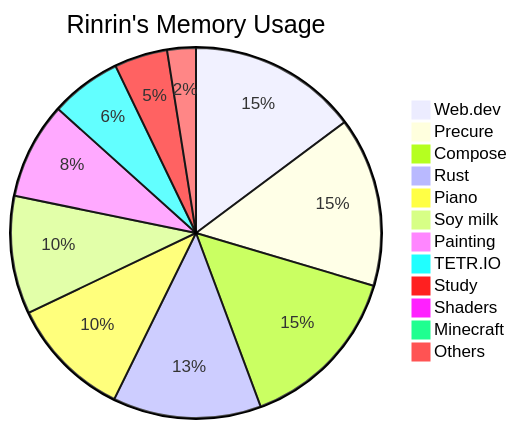
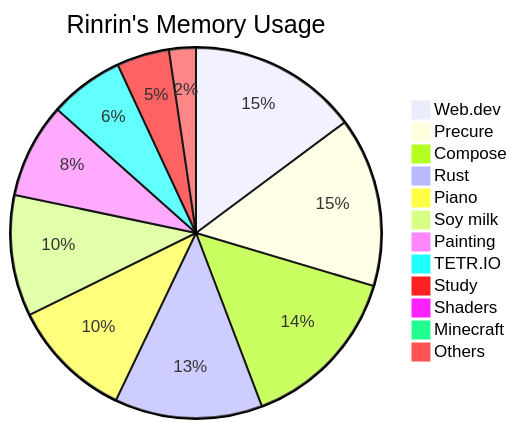
One commit to Rinrin0413/Rinrin0413 changed the diagram in README.md. Above: the diagram before and after it, drawn with Mermaid.

Commit message:
🛠 Update: Rinrin's Memory Usage

````diff
--- a/README.md
+++ b/README.md
@@ -77,15 +77,15 @@
 ```mermaid
 pie title Rinrin's Memory Usage
-    "Web.dev": 609
-    "Precure": 609
-    "Compose": 606
-    "Rust": 533
-    "Piano": 438
-    "Soy milk": 424
-    "Painting": 347
-    "TETR.IO": 255
-    "Study": 191
+    "Web.dev": 614
+    "Precure": 613
+    "Compose": 605
+    "Rust": 534
+    "Piano": 440
+    "Soy milk": 438
+    "Painting": 343
+    "TETR.IO": 269
+    "Study": 190
     "Shaders": 30
     "Minecraft": 30
-    "Others": 103
+    "Others": 97
 ```
````
